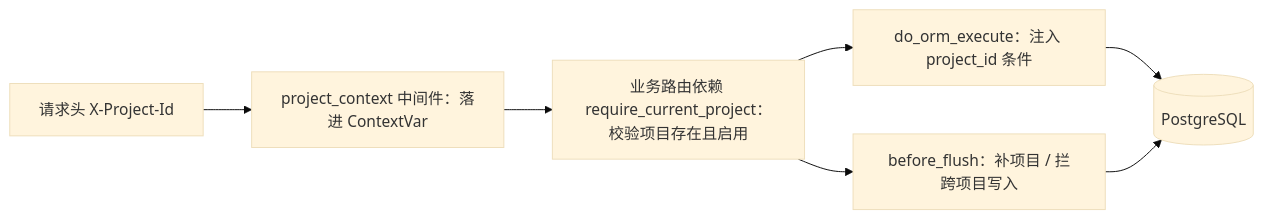
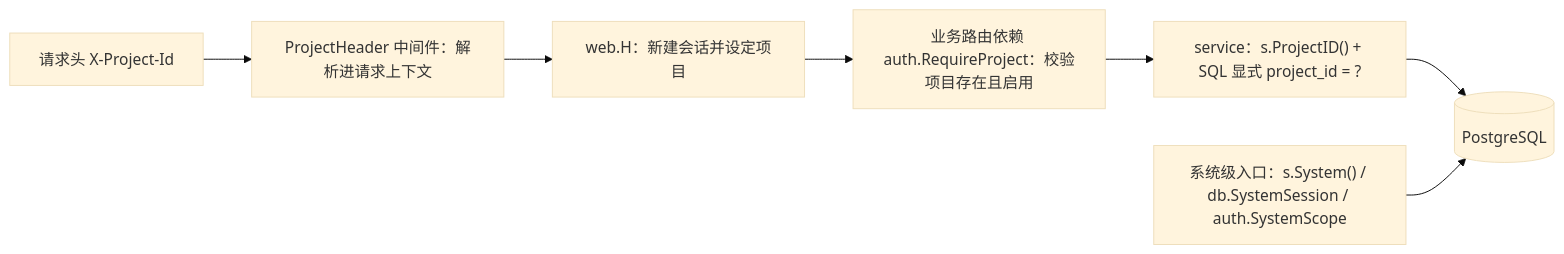
One commit to Sakana-1314/Electrical-Manager changed the third of 9 diagrams in docs/websites/pages/dev-architecture.md. Above: the diagram before and after it, drawn with Mermaid (base theme). The commit also changed other lines of this file and 329 other files, not shown here.

````diff
--- a/docs/websites/pages/dev-architecture.md
+++ b/docs/websites/pages/dev-architecture.md
@@ -582,9 +655,9 @@
 ```mermaid
 flowchart LR
-    H["请求头 X-Project-Id"] --> M["project_context 中间件：落进 ContextVar"]
-    M --> D["业务路由依赖 require_current_project：校验项目存在且启用"]
-    D --> ORM["do_orm_execute：注入 project_id 条件"]
-    D --> F["before_flush：补项目 / 拦跨项目写入"]
-    ORM --> DB[("PostgreSQL")]
-    F --> DB
+    H["请求头 X-Project-Id"] --> M["ProjectHeader 中间件：解析进请求上下文"]
+    M --> S["web.H：新建会话并设定项目"]
+    S --> D["业务路由依赖 auth.RequireProject：校验项目存在且启用"]
+    D --> Q["service：s.ProjectID() + SQL 显式 project_id = ?"]
+    Q --> DB[("PostgreSQL")]
+    SYS["系统级入口：s.System() / db.SystemSession / auth.SystemScope"] --> DB
 ```
````
